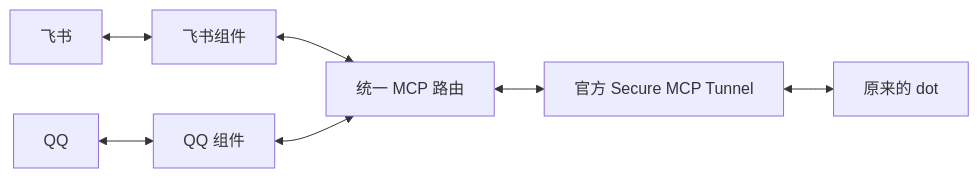
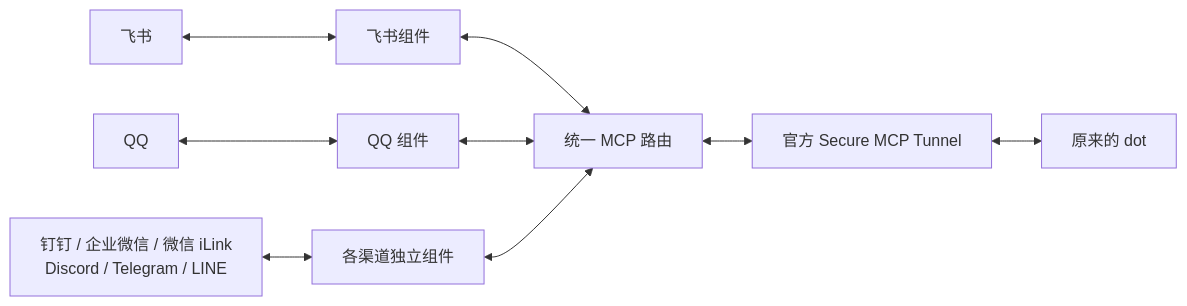
The diagram in README.md (Arcueid77/dot-bridge), drawn with Mermaid before and after one commit. The commit also changed other lines of this file and 27 other files, not shown here.

````diff
--- a/README.md
+++ b/README.md
@@ -18,9 +24,11 @@
 ```mermaid
 flowchart LR
     L[飞书] <--> LB[飞书组件]
     Q[QQ] <--> QB[QQ 组件]
+    IM[钉钉 / 企业微信 / 微信 iLink<br/>Discord / Telegram / LINE] <--> IB[各渠道独立组件]
     LB <--> R[统一 MCP 路由]
     QB <--> R
+    IB <--> R
     R <--> T[官方 Secure MCP Tunnel]
     T <--> D[原来的 dot]
 ```
````
